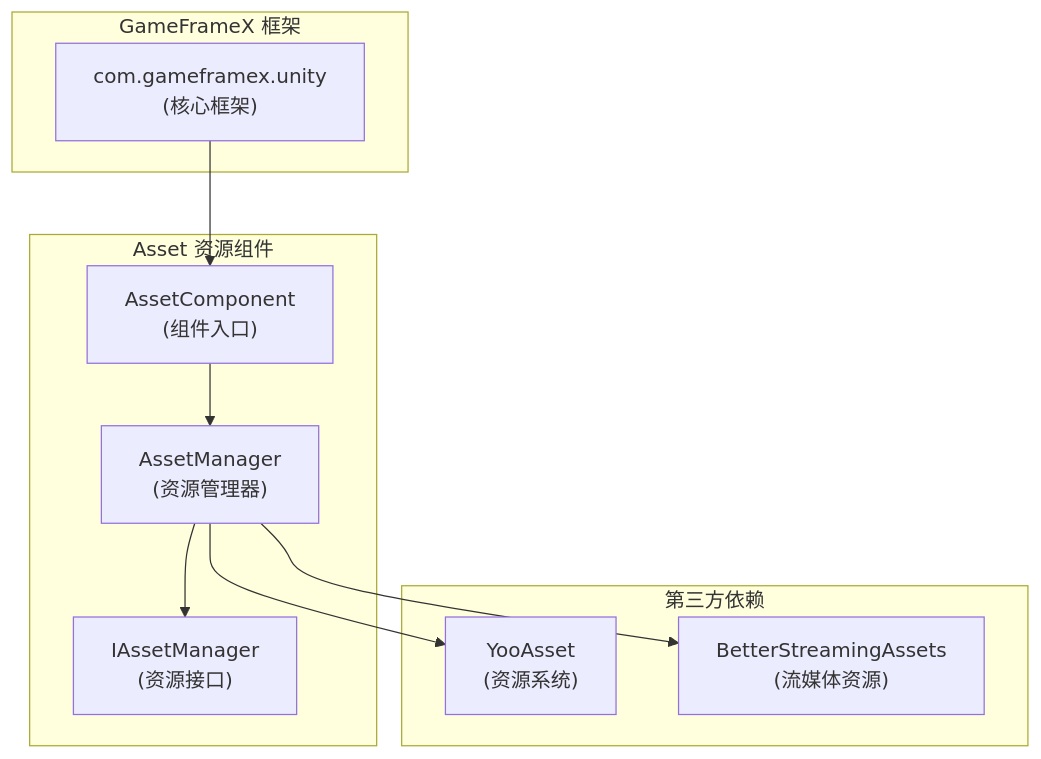
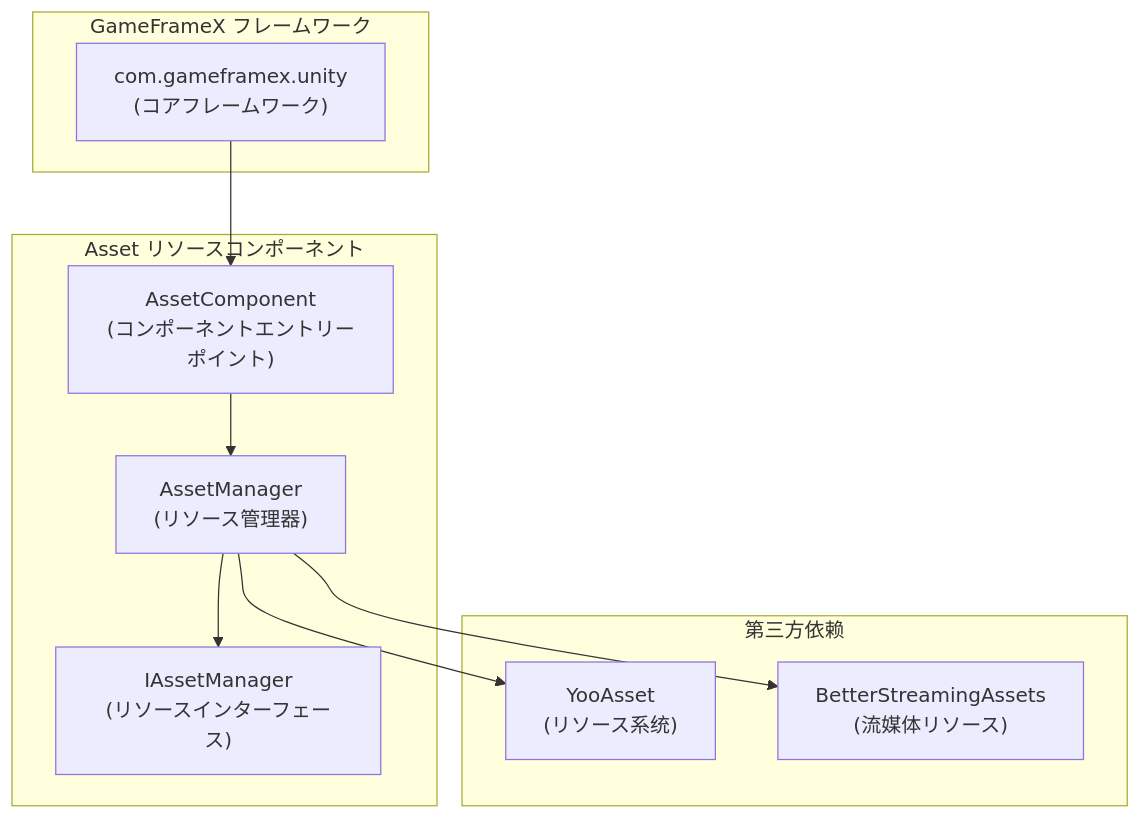
One commit to AlianBlank/GameFrameX.Docs changed the diagram in docs/ja/client/unity/component/asset/05.dependencies.md. Above: the diagram before and after it, drawn with Mermaid. The commit also changed other lines of this file and 603 other files, not shown here.

````diff
--- a/docs/ja/client/unity/component/asset/05.dependencies.md
+++ b/docs/ja/client/unity/component/asset/05.dependencies.md
@@ -43,23 +43,23 @@
 ```mermaid
 flowchart TD
-    subgraph GameFrameX["GameFrameX 框架"]
-        Core["com.gameframex.unity<br/>(核心框架)"]
+    subgraph GameFrameX["GameFrameX フレームワーク"]
+        Core["com.gameframex.unity<br/>(コアフレームワーク)"]
     end
 
-    subgraph AssetComponent["Asset 资源组件"]
-        AC["AssetComponent<br/>(组件入口)"]
-        AM["AssetManager<br/>(资源管理器)"]
-        IAM["IAssetManager<br/>(资源接口)"]
+    subgraph AssetComponent["Asset リソースコンポーネント"]
+        AC["AssetComponent<br/>(コンポーネントエントリーポイント)"]
+        AM["AssetManager<br/>(リソース管理器)"]
+        IAM["IAssetManager<br/>(リソースインターフェース)"]
     end
 
     subgraph External["第三方依赖"]
-        YA["YooAsset<br/>(资源系统)"]
-        BSA["BetterStreamingAssets<br/>(流媒体资源)"]
+        YA["YooAsset<br/>(リソース系统)"]
+        BSA["BetterStreamingAssets<br/>(流媒体リソース)"]
     end
 
     Core --> AC
     AC --> AM
     AM --> IAM
     AM --> YA
     AM --> BSA
 ```
````
